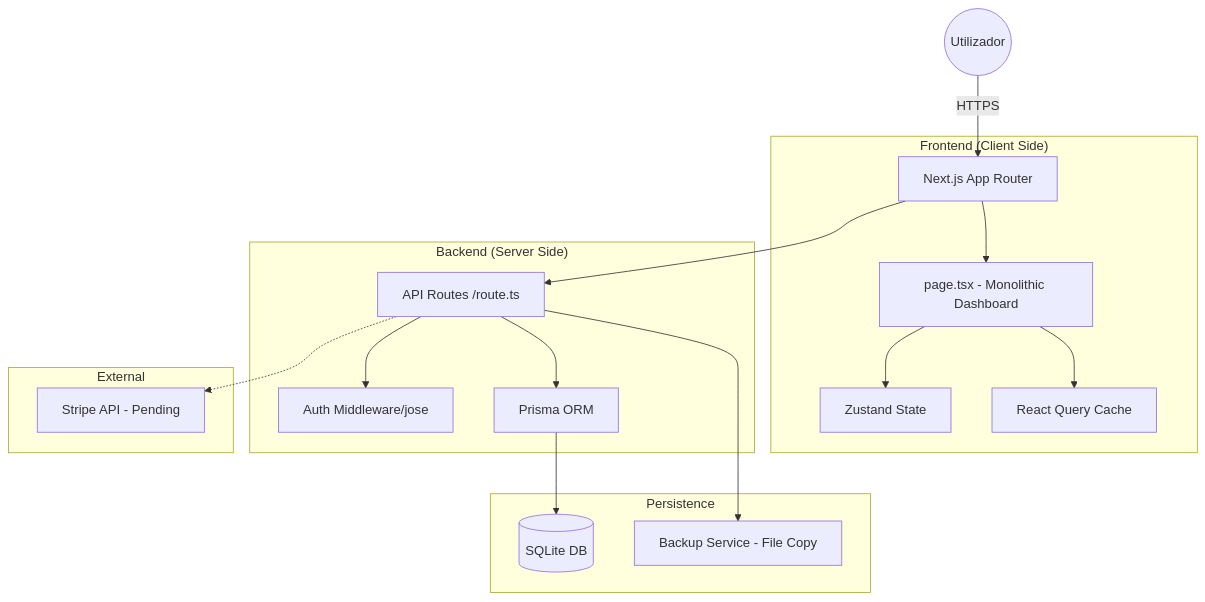
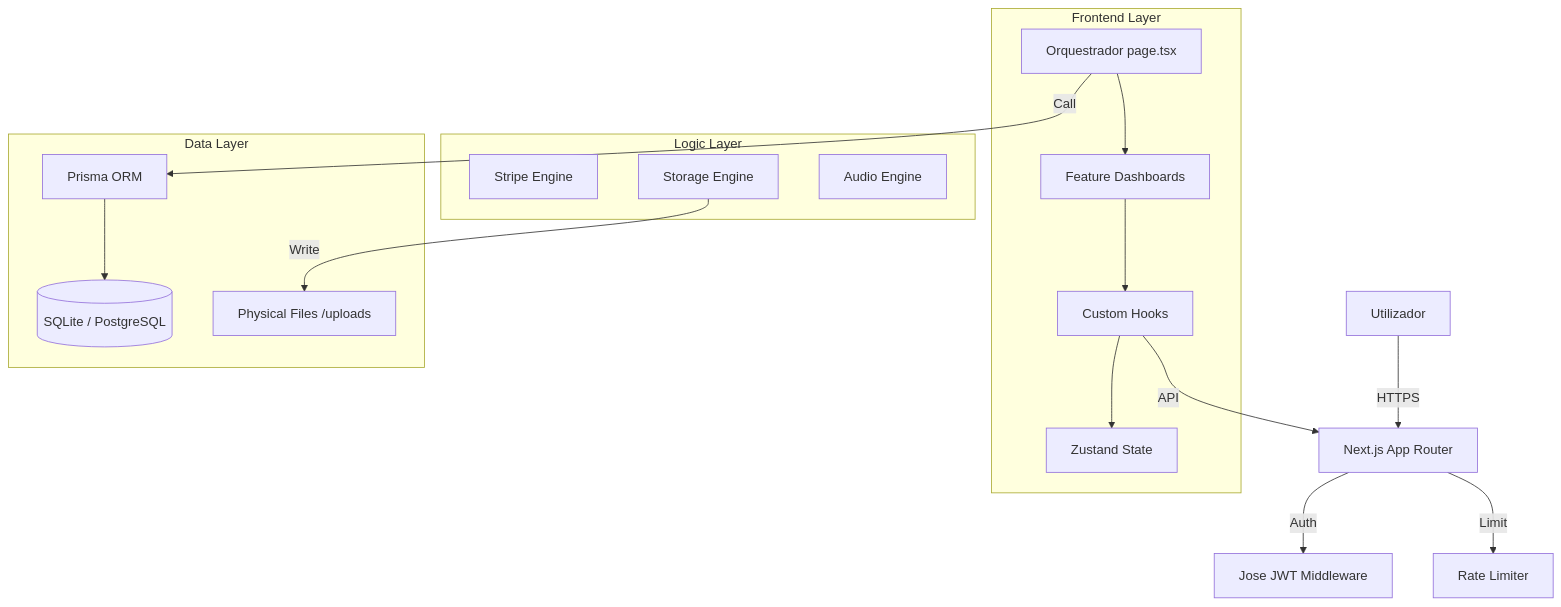
The diagram in TECHNICAL_AUDIT.md (smpsandro1239/AldeiasGames), drawn with Mermaid before and after one commit. The commit also changed other lines of this file and 25 other files, not shown here.

````diff
--- a/TECHNICAL_AUDIT.md
+++ b/TECHNICAL_AUDIT.md
@@ -105,25 +85,29 @@
 ```mermaid
 graph TD
-    User((Utilizador)) -->|HTTPS| NextJS[Next.js App Router]
+    A[Utilizador] -->|HTTPS| B[Next.js App Router]
+    B -->|Auth| C[Jose JWT Middleware]
+    B -->|Limit| D[Rate Limiter]
 
-    subgraph "Frontend (Client Side)"
-        NextJS --> Page[page.tsx - Monolithic Dashboard]
-        Page --> Zustand[Zustand State]
-        Page --> Query[React Query Cache]
+    subgraph "Frontend Layer"
+        E[Orquestrador page.tsx]
+        E --> F[Feature Dashboards]
+        F --> G[Custom Hooks]
+        G --> H[Zustand State]
     end
 
-    subgraph "Backend (Server Side)"
-        NextJS --> API[API Routes /route.ts]
-        API --> Auth[Auth Middleware/jose]
-        API --> Prisma[Prisma ORM]
+    subgraph "Logic Layer"
+        I[Stripe Engine]
+        J[Storage Engine]
+        K[Audio Engine]
     end
 
-    subgraph "Persistence"
-        Prisma --> SQLite[(SQLite DB)]
-        API --> Backup[Backup Service - File Copy]
+    subgraph "Data Layer"
+        L[Prisma ORM]
+        L --> M[(SQLite / PostgreSQL)]
+        N[Physical Files /uploads]
     end
 
-    subgraph "External"
-        API -.-> Stripe[Stripe API - Pending]
-    end
+    E -->|Call| L
+    G -->|API| B
+    J -->|Write| N
 ```
````
